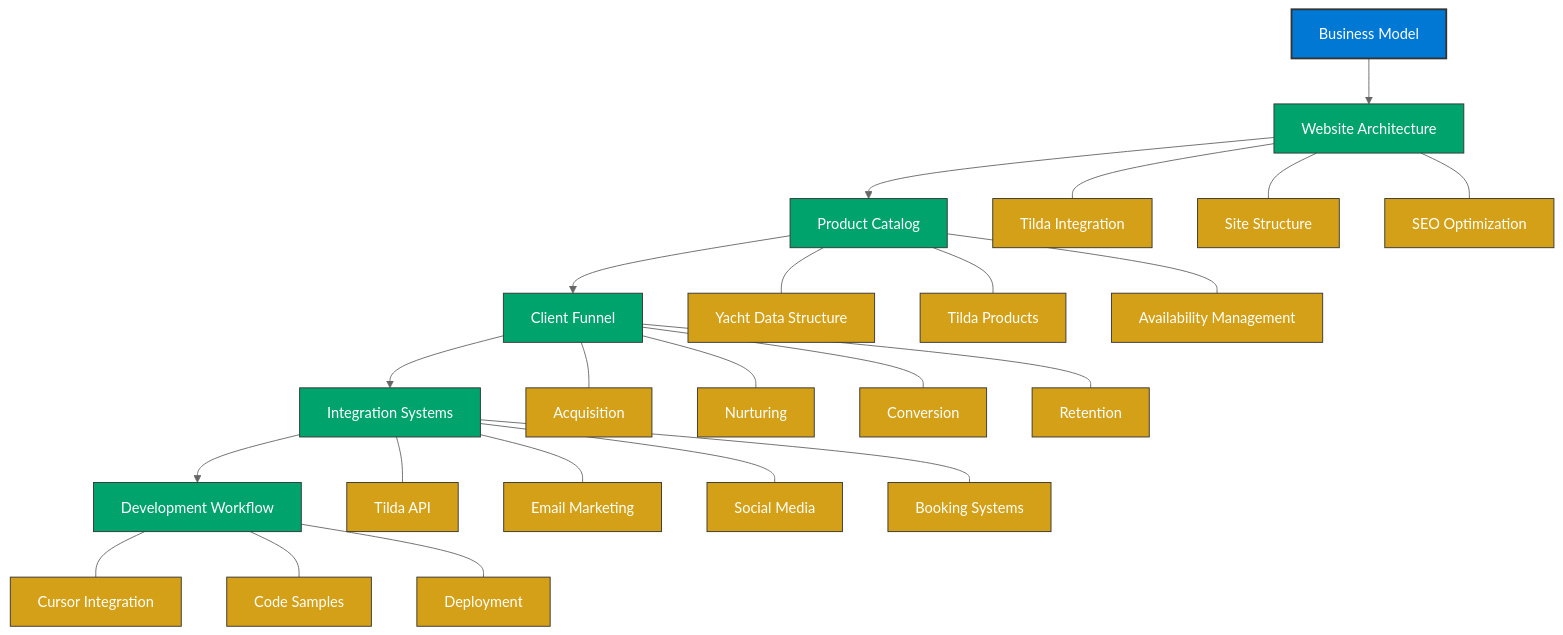
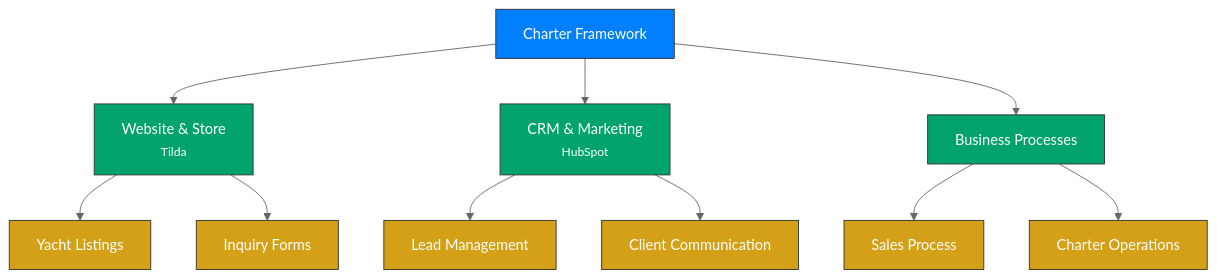
The first of 2 diagrams in docs/intro.md (szemkoff/azurecharters), drawn with Mermaid before and after one commit. The commit also changed other lines of this file and 5 other files, not shown here.

````diff
--- a/docs/intro.md
+++ b/docs/intro.md
@@ -59,49 +15,24 @@
 ```mermaid
-%%{init: {'securityLevel': 'loose', 'theme': 'neutral'}}%%
-graph TD
-    A[Business Model]
+%%{init: {'theme': 'neutral'}}%%
+flowchart TB
+    A[Charter Framework] --> B[Website & Store<br/><small>Tilda</small>]
+    A --> C[CRM & Marketing<br/><small>HubSpot</small>]
+    A --> D[Business Processes]
     
-    %% Force vertical layout with direct parent-child structure
-    A --> B[Website Architecture]
-    B --> C[Product Catalog]
-    C --> D[Client Funnel]
-    D --> O[Integration Systems]
-    O --> T[Development Workflow]
+    B --> E[Yacht Listings]
+    B --> F[Inquiry Forms]
     
-    %% Website Architecture features
-    B --- E[Tilda Integration]
-    B --- F[Site Structure]
-    B --- G[SEO Optimization]
+    C --> G[Lead Management]
+    C --> H[Client Communication]
     
-    %% Product Catalog features
-    C --- H[Yacht Data Structure]
-    C --- I[Tilda Products]
-    C --- J[Availability Management]
+    D --> I[Sales Process]
+    D --> J[Charter Operations]
     
-    %% Client Funnel features
-    D --- K[Acquisition]
-    D --- L[Nurturing]
-    D --- M[Conversion]
-    D --- N[Retention]
+    classDef primary fill:#007FFF,color:#ffffff,stroke:#333,stroke-width:1px;
+    classDef secondary fill:#00A36C,color:#ffffff,stroke:#333,stroke-width:1px;
+    classDef tertiary fill:#D4A017,color:#ffffff,stroke:#333,stroke-width:1px;
     
-    %% Integration Systems features
-    O --- P[Tilda API]
-    O --- Q[Email Marketing]
-    O --- R[Social Media]
-    O --- S[Booking Systems]
-    
-    %% Development Workflow features
-    T --- U[Cursor Integration]
-    T --- V[Code Samples]
-    T --- W[Deployment]
-    
-    %% Styling
-    classDef mainNode fill:#0078D4,color:#ffffff,stroke:#333,stroke-width:2px;
-    classDef subNode fill:#00A36C,color:#ffffff,stroke:#333,stroke-width:1px;
-    classDef featureNode fill:#d4a017,color:#ffffff,stroke:#333,stroke-width:1px;
-    
-    %% Apply styles
-    class A mainNode;
-    class B,C,D,O,T subNode;
-    class E,F,G,H,I,J,K,L,M,N,P,Q,R,S,U,V,W featureNode;
+    class A primary;
+    class B,C,D secondary;
+    class E,F,G,H,I,J tertiary;
 ```
````
